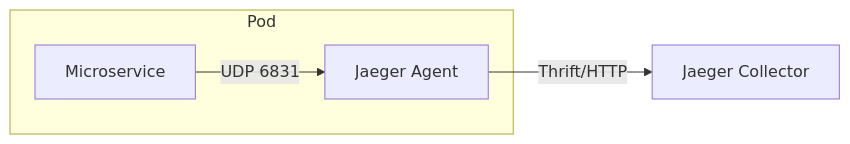
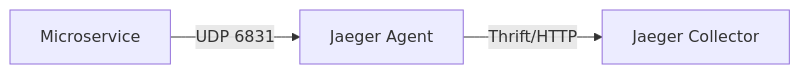
Diagram 14 of 20 in ARCHITECTURE.md (tordynnar/architecture_ideas), drawn with Mermaid before and after one commit. The commit also changed other lines of this file, not shown here.

First line of the commit message:
Replace Kubernetes with Docker Compose deployment architecture

````diff
--- a/ARCHITECTURE.md
+++ b/ARCHITECTURE.md
@@ -684,10 +655,5 @@
 ```mermaid
 flowchart LR
-    subgraph "Pod"
-        SVC[Microservice]
-        AGENT[Jaeger Agent]
-    end
-
-    SVC -->|UDP 6831| AGENT
+    SVC[Microservice] -->|UDP 6831| AGENT[Jaeger Agent]
     AGENT -->|Thrift/HTTP| COLLECTOR[Jaeger Collector]
 ```
````
